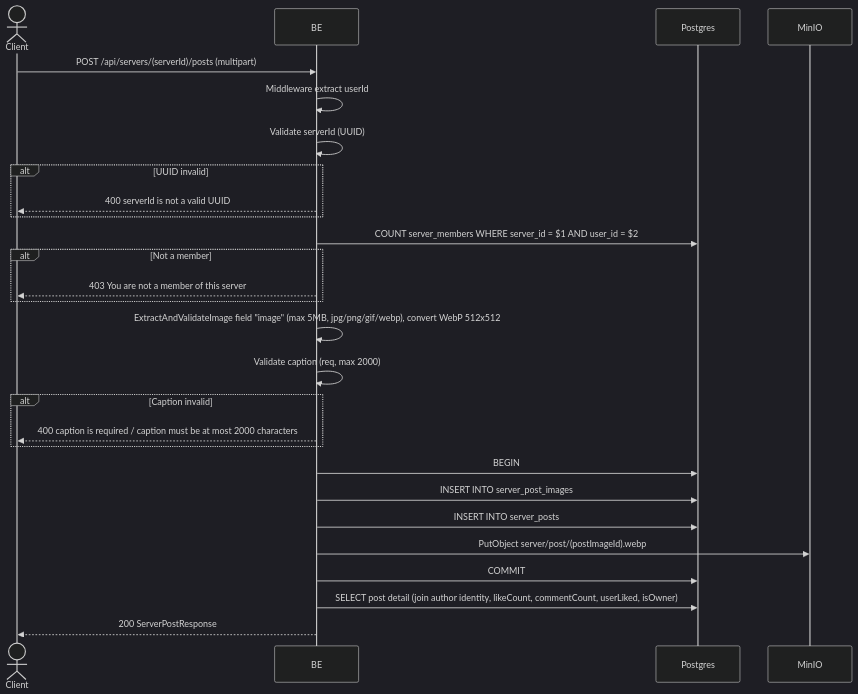
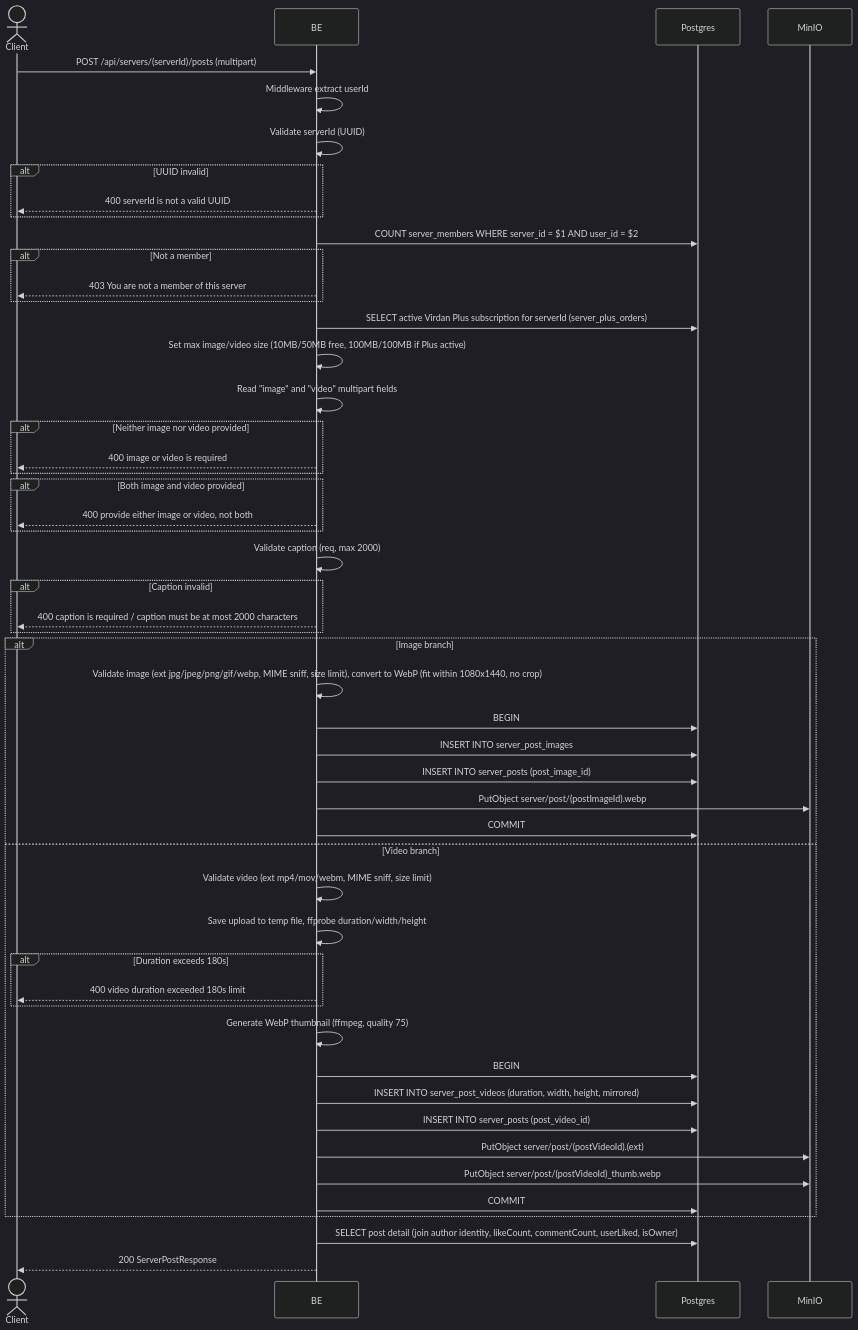
Before and after one commit to ferdian3456/virdanproject: the diagram in docs/flows/en/create_post.md, drawn with Mermaid (dark theme). The commit also changed other lines of this file and 67 other files, not shown here.

First line of the commit message:
Audit and fix API flow docs; add missing Payment/Chat documentation (#42)

````diff
--- a/docs/flows/en/create_post.md
+++ b/docs/flows/en/create_post.md
@@ -13,30 +13,54 @@
 ```mermaid
 sequenceDiagram
     actor Client
     participant BE
     participant Postgres
     participant MinIO
 
     Client->>BE: POST /api/servers/(serverId)/posts (multipart)
     BE->>BE: Middleware extract userId
     BE->>BE: Validate serverId (UUID)
     alt UUID invalid
         BE-->>Client: 400 serverId is not a valid UUID
     end
     BE->>Postgres: COUNT server_members WHERE server_id = $1 AND user_id = $2
     alt Not a member
         BE-->>Client: 403 You are not a member of this server
     end
-    BE->>BE: ExtractAndValidateImage field "image" (max 5MB, jpg/png/gif/webp), convert WebP 512x512
+    BE->>Postgres: SELECT active Virdan Plus subscription for serverId (server_plus_orders)
+    BE->>BE: Set max image/video size (10MB/50MB free, 100MB/100MB if Plus active)
+    BE->>BE: Read "image" and "video" multipart fields
+    alt Neither image nor video provided
+        BE-->>Client: 400 image or video is required
+    end
+    alt Both image and video provided
+        BE-->>Client: 400 provide either image or video, not both
+    end
     BE->>BE: Validate caption (req, max 2000)
     alt Caption invalid
         BE-->>Client: 400 caption is required / caption must be at most 2000 characters
     end
-    BE->>Postgres: BEGIN
-    BE->>Postgres: INSERT INTO server_post_images
-    BE->>Postgres: INSERT INTO server_posts
-    BE->>MinIO: PutObject server/post/(postImageId).webp
-    BE->>Postgres: COMMIT
+    alt Image branch
+        BE->>BE: Validate image (ext jpg/jpeg/png/gif/webp, MIME sniff, size limit), convert to WebP (fit within 1080x1440, no crop)
+        BE->>Postgres: BEGIN
+        BE->>Postgres: INSERT INTO server_post_images
+        BE->>Postgres: INSERT INTO server_posts (post_image_id)
+        BE->>MinIO: PutObject server/post/(postImageId).webp
+        BE->>Postgres: COMMIT
+    else Video branch
+        BE->>BE: Validate video (ext mp4/mov/webm, MIME sniff, size limit)
+        BE->>BE: Save upload to temp file, ffprobe duration/width/height
+        alt Duration exceeds 180s
+            BE-->>Client: 400 video duration exceeded 180s limit
+        end
+        BE->>BE: Generate WebP thumbnail (ffmpeg, quality 75)
+        BE->>Postgres: BEGIN
+        BE->>Postgres: INSERT INTO server_post_videos (duration, width, height, mirrored)
+        BE->>Postgres: INSERT INTO server_posts (post_video_id)
+        BE->>MinIO: PutObject server/post/(postVideoId).(ext)
+        BE->>MinIO: PutObject server/post/(postVideoId)_thumb.webp
+        BE->>Postgres: COMMIT
+    end
     BE->>Postgres: SELECT post detail (join author identity, likeCount, commentCount, userLiked, isOwner)
     BE-->>Client: 200 ServerPostResponse
 ```
````
